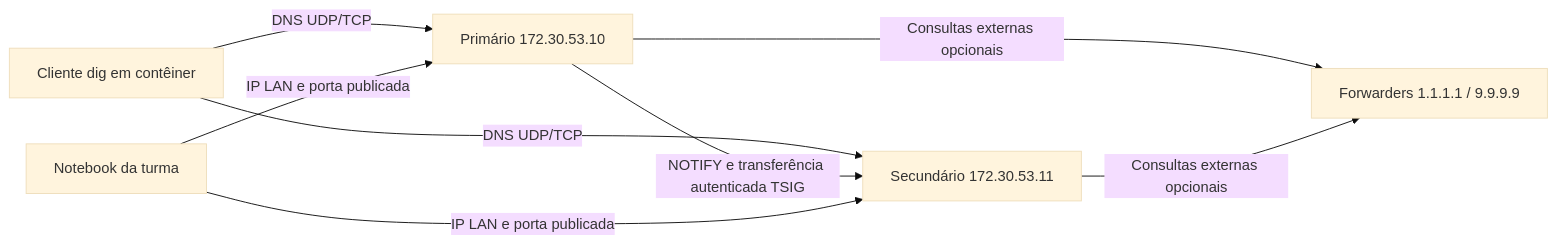
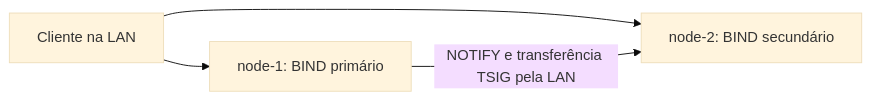
One commit to AlexandreFreitas64/sistemas-distribuidos-tempo-real changed the diagram in tutoriais/dns/bind9/README.md. Above: the diagram before and after it, drawn with Mermaid (base theme). The commit also changed other lines of this file and 16 other files, not shown here.

````diff
--- a/tutoriais/dns/bind9/README.md
+++ b/tutoriais/dns/bind9/README.md
@@ -26,10 +11,6 @@
 ```mermaid
 flowchart LR
-    C[Cliente dig em contêiner] -->|DNS UDP/TCP| P[Primário 172.30.53.10]
-    C -->|DNS UDP/TCP| S[Secundário 172.30.53.11]
-    P -->|NOTIFY e transferência autenticada TSIG| S
-    P -->|Consultas externas opcionais| F[Forwarders 1.1.1.1 / 9.9.9.9]
-    S -->|Consultas externas opcionais| F
-    H[Notebook da turma] -->|IP LAN e porta publicada| P
-    H -->|IP LAN e porta publicada| S
+    C[Cliente na LAN] --> P[node-1: BIND primário]
+    C --> S[node-2: BIND secundário]
+    P -->|NOTIFY e transferência TSIG pela LAN| S
 ```
````
